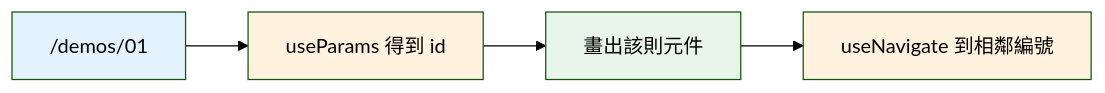
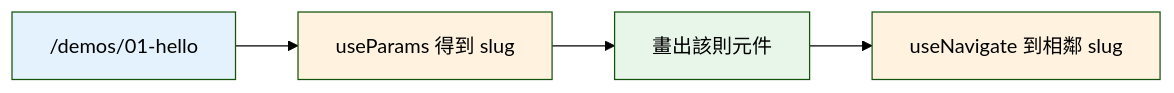
Before and after one commit to summer10920/summer10920.github.io: the fourth of 6 diagrams in source/_posts/lokiTech-15day-11-react-router.md, drawn with Mermaid (forest theme). The commit also changed other lines of this file, not shown here.

```diff
--- a/source/_posts/lokiTech-15day-11-react-router.md
+++ b/source/_posts/lokiTech-15day-11-react-router.md
@@ -1339,9 +1778,9 @@
 {% mermaid graph LR %}
-  pathNode["/demos/01"] --> paramsNode["useParams 得到 id"]
+  pathNode["/demos/01-hello"] --> paramsNode["useParams 得到 slug"]
   paramsNode --> pageNode["畫出該則元件"]
-  pageNode --> nextNode["useNavigate 到相鄰編號"]
+  pageNode --> nextNode["useNavigate 到相鄰 slug"]
   style pathNode fill:#e3f2fd
   style paramsNode fill:#fff3e0
   style pageNode fill:#e8f5e9
   style nextNode fill:#fff3e0
 {% endmermaid %}
```
